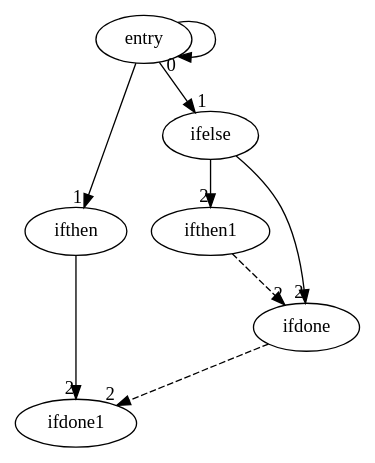
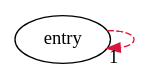
The diagram in djg.dot (arnaavgoyal/new-compiler), drawn with Graphviz before and after one commit. The commit also changed 8 other files, not shown here.

```diff
--- a/djg.dot
+++ b/djg.dot
@@ -1,10 +1,3 @@
 digraph {
-	entry -> entry [weight=3 headlabel="0"]
-	entry -> ifthen [weight=3 headlabel="1"]
-	entry -> ifelse [weight=3 headlabel="1"]
-	ifthen -> ifdone1 [weight=3 headlabel="2"]
-	ifelse -> ifthen1 [weight=3 headlabel="2"]
-	ifelse -> ifdone [weight=3 headlabel="2"]
-	ifthen1 -> ifdone [style="dashed" headlabel="2"]
-	ifdone -> ifdone1 [style="dashed" headlabel="2"]
+	entry -> entry [style="dashed" color="crimson" headlabel="1"]
 }
```
